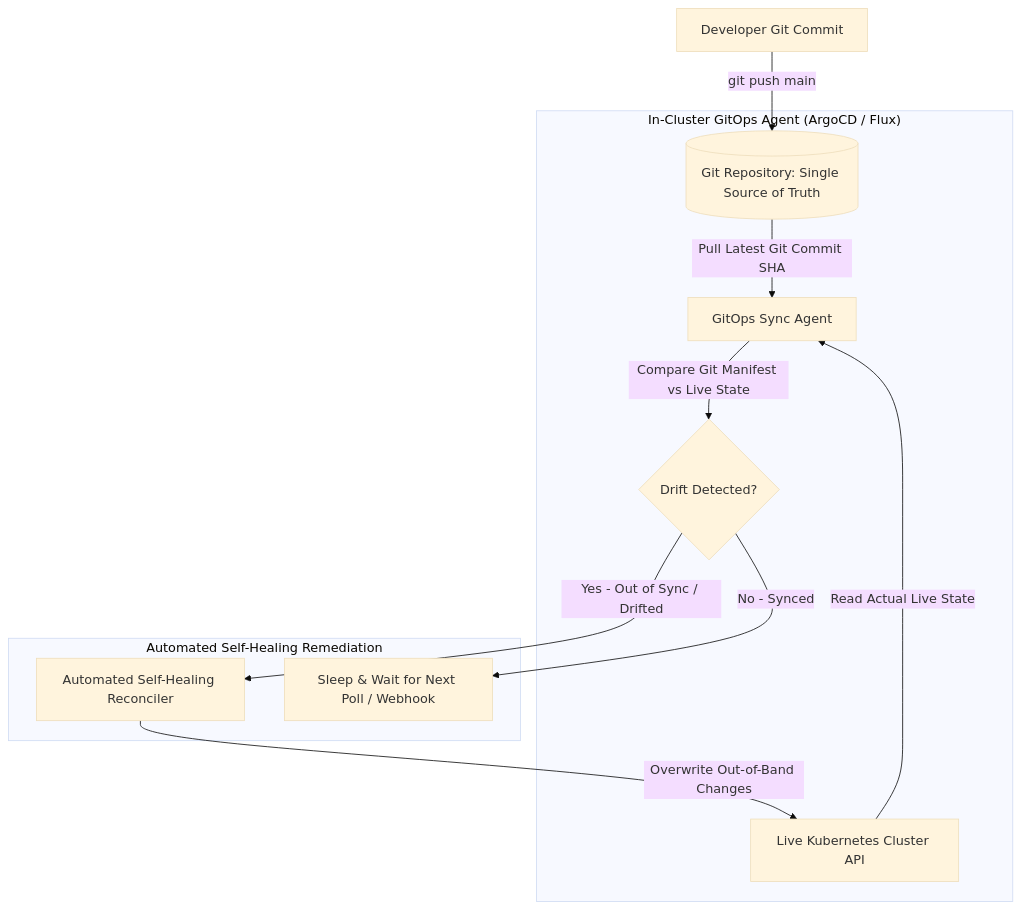
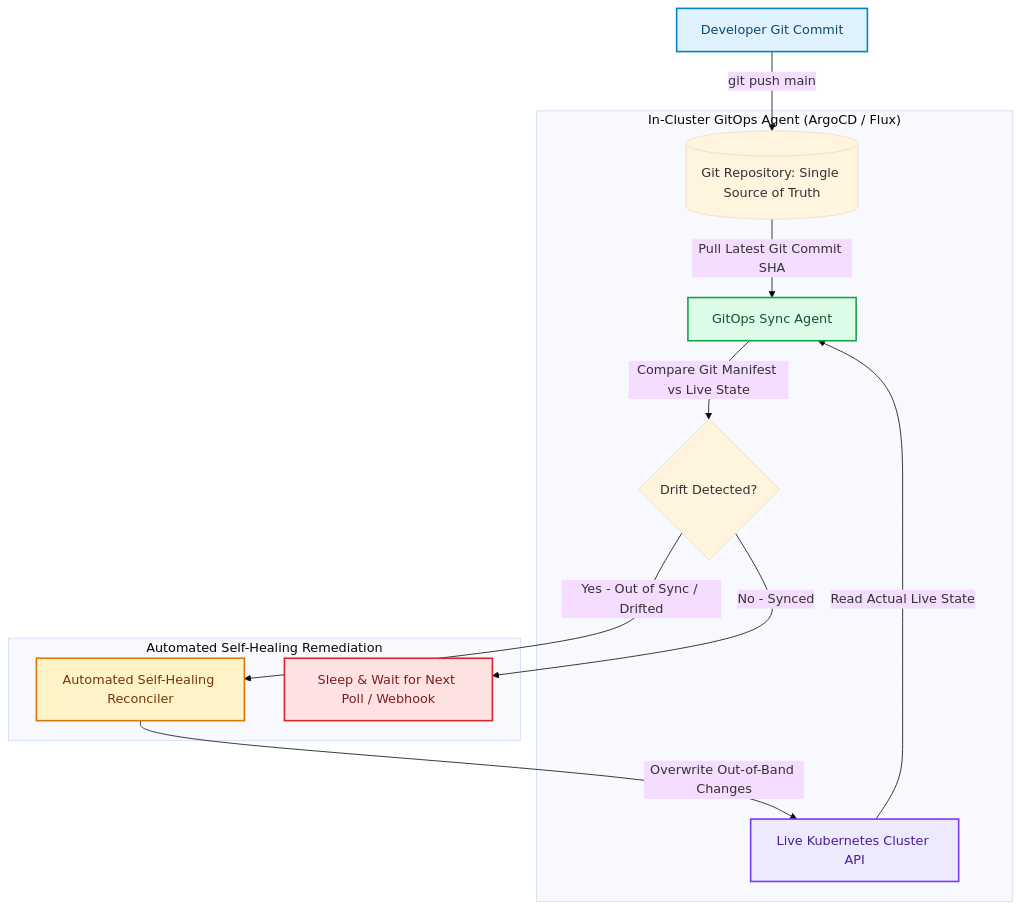
The diagram in blog/posts/gitops-pipeline-engineering-automated-drift-detection-remediation.md (akmalkhaniub/akmalkhaniub.github.io), drawn with Mermaid (base theme) before and after one commit. The commit also changed other lines of this file and 1291 other files, not shown here.

First line of the commit message:
feat(catalog): unique covers, scholarly references, and diagram palettes

````diff
--- a/blog/posts/gitops-pipeline-engineering-automated-drift-detection-remediation.md
+++ b/blog/posts/gitops-pipeline-engineering-automated-drift-detection-remediation.md
@@ -17,18 +17,29 @@
 ```mermaid
 flowchart TD
-  Developer[Developer Git Commit] -->|git push main| GitRepo[(Git Repository: Single Source of Truth)]
+  Developer["Developer Git Commit"] -->|git push main| GitRepo[(Git Repository: Single Source of Truth)]
   
   subgraph SG1_InClusterGitops ["In-Cluster GitOps Agent (ArgoCD / Flux)"]
-    GitRepo -->|Pull Latest Git Commit SHA| Agent[GitOps Sync Agent]
-    ClusterState[Live Kubernetes Cluster API] -->|Read Actual Live State| Agent
+    GitRepo -->|Pull Latest Git Commit SHA| Agent["GitOps Sync Agent"]
+    ClusterState["Live Kubernetes Cluster API"] -->|Read Actual Live State| Agent
     
     Agent -->|Compare Git Manifest vs Live State| DiffEngine{Drift Detected?}
   end
   
   subgraph SG2_AutomatedSelfHealing ["Automated Self-Healing Remediation"]
-    DiffEngine -->|Yes - Out of Sync / Drifted| Healer[Automated Self-Healing Reconciler]
-    DiffEngine -->|No - Synced| Sleep[Sleep & Wait for Next Poll / Webhook]
+    DiffEngine -->|Yes - Out of Sync / Drifted| Healer["Automated Self-Healing Reconciler"]
+    DiffEngine -->|No - Synced| Sleep["Sleep & Wait for Next Poll / Webhook"]
     
     Healer -->|Overwrite Out-of-Band Changes| ClusterState
   end
+
+classDef green fill:#dcfce7,stroke:#16a34a,stroke-width:2px,color:#14532d;
+classDef red fill:#fee2e2,stroke:#dc2626,stroke-width:2px,color:#7f1d1d;
+classDef blue fill:#e0f2fe,stroke:#0284c7,stroke-width:2px,color:#0c4a6e;
+classDef yellow fill:#fef3c7,stroke:#d97706,stroke-width:2px,color:#78350f;
+classDef purple fill:#ede9fe,stroke:#7c3aed,stroke-width:2px,color:#4c1d95;
+class Developer blue
+class Agent green
+class ClusterState purple
+class Healer yellow
+class Sleep red
 ```
````
